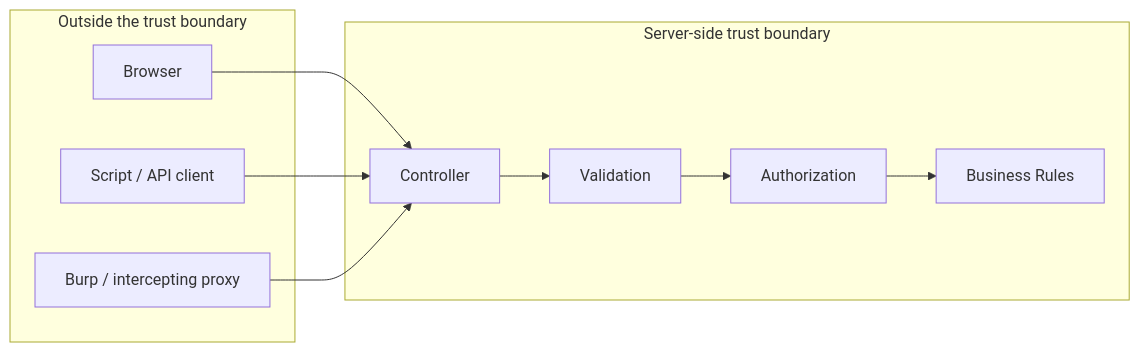
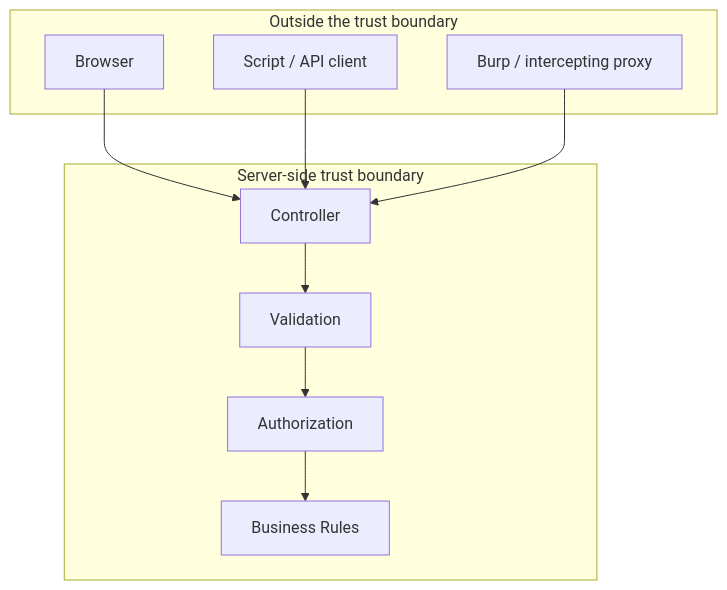
Before and after one commit to jeff-adkisson/swe-4743-spring-2026-oo-design: diagram 23 of 25 in presentations/11-mvc-di-srv-domain.md, drawn with Mermaid. The commit also changed other lines of this file, not shown here.

````diff
--- a/presentations/11-mvc-di-srv-domain.md
+++ b/presentations/11-mvc-di-srv-domain.md
@@ -1542,22 +1542,22 @@
 ```mermaid
-flowchart LR
+flowchart TB
     subgraph Outside["Outside the trust boundary"]
         Browser[Browser]
         Script[Script / API client]
         Proxy[Burp / intercepting proxy]
     end
 
     subgraph Inside["Server-side trust boundary"]
         Controller[Controller]
         Validation[Validation]
         Auth[Authorization]
         Rules[Business Rules]
     end
 
     Browser --> Controller
     Script --> Controller
     Proxy --> Controller
     Controller --> Validation
     Validation --> Auth
     Auth --> Rules
 ```
````
